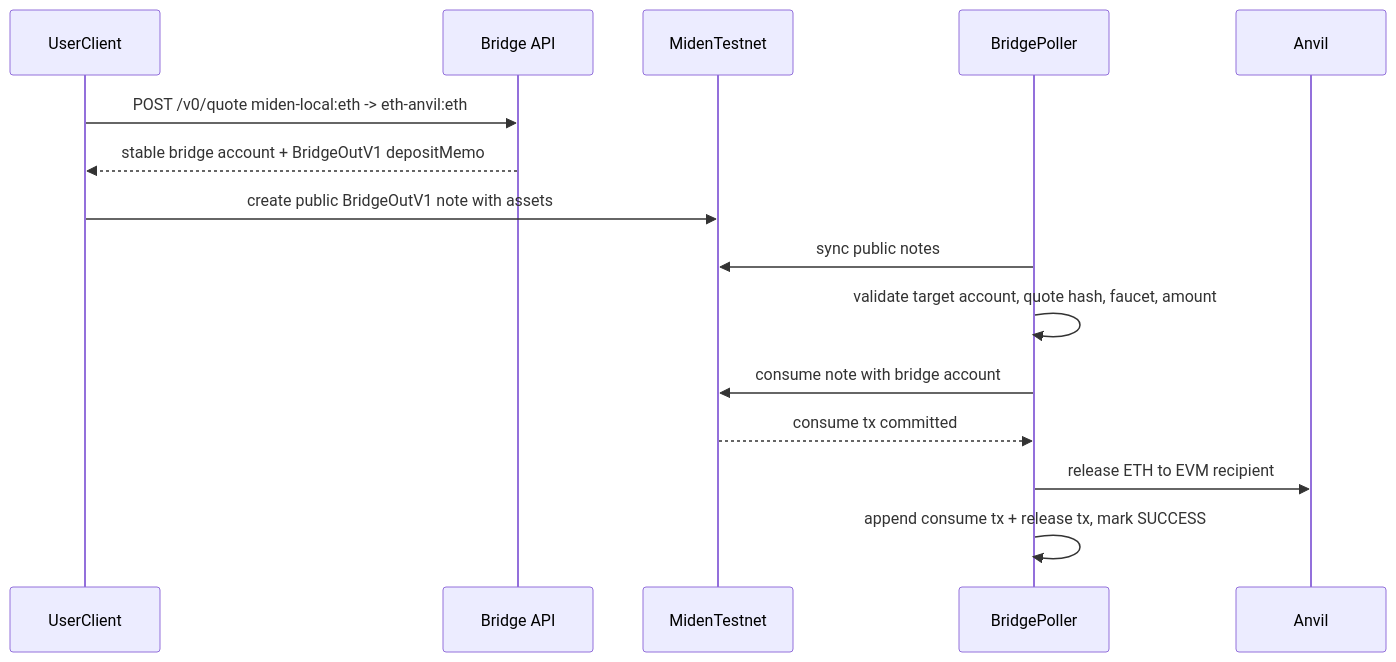
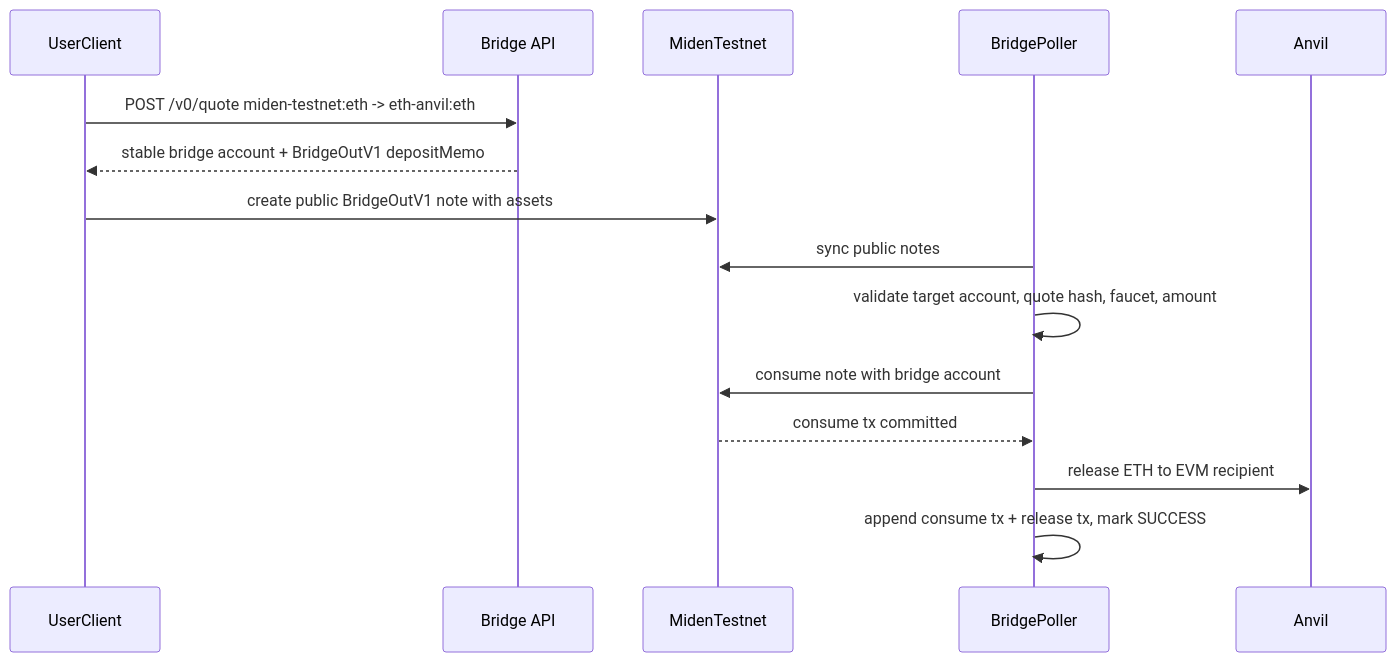
One commit to BrianSeong99/miden-testnet-bridge changed the second of 5 diagrams in docs/E2E_HANDOFF.md. Above: the diagram before and after it, drawn with Mermaid. The commit also changed other lines of this file and 36 other files, not shown here.

````diff
--- a/docs/E2E_HANDOFF.md
+++ b/docs/E2E_HANDOFF.md
@@ -89,18 +140,18 @@
 ```mermaid
 sequenceDiagram
     participant UserClient
     participant BridgeAPI as Bridge API
     participant MidenTestnet
     participant BridgePoller
     participant Anvil
 
-    UserClient->>BridgeAPI: POST /v0/quote miden-local:eth -> eth-anvil:eth
+    UserClient->>BridgeAPI: POST /v0/quote miden-testnet:eth -> eth-anvil:eth
     BridgeAPI-->>UserClient: stable bridge account + BridgeOutV1 depositMemo
     UserClient->>MidenTestnet: create public BridgeOutV1 note with assets
     BridgePoller->>MidenTestnet: sync public notes
     BridgePoller->>BridgePoller: validate target account, quote hash, faucet, amount
     BridgePoller->>MidenTestnet: consume note with bridge account
     MidenTestnet-->>BridgePoller: consume tx committed
     BridgePoller->>Anvil: release ETH to EVM recipient
     BridgePoller->>BridgePoller: append consume tx + release tx, mark SUCCESS
 ```
````
